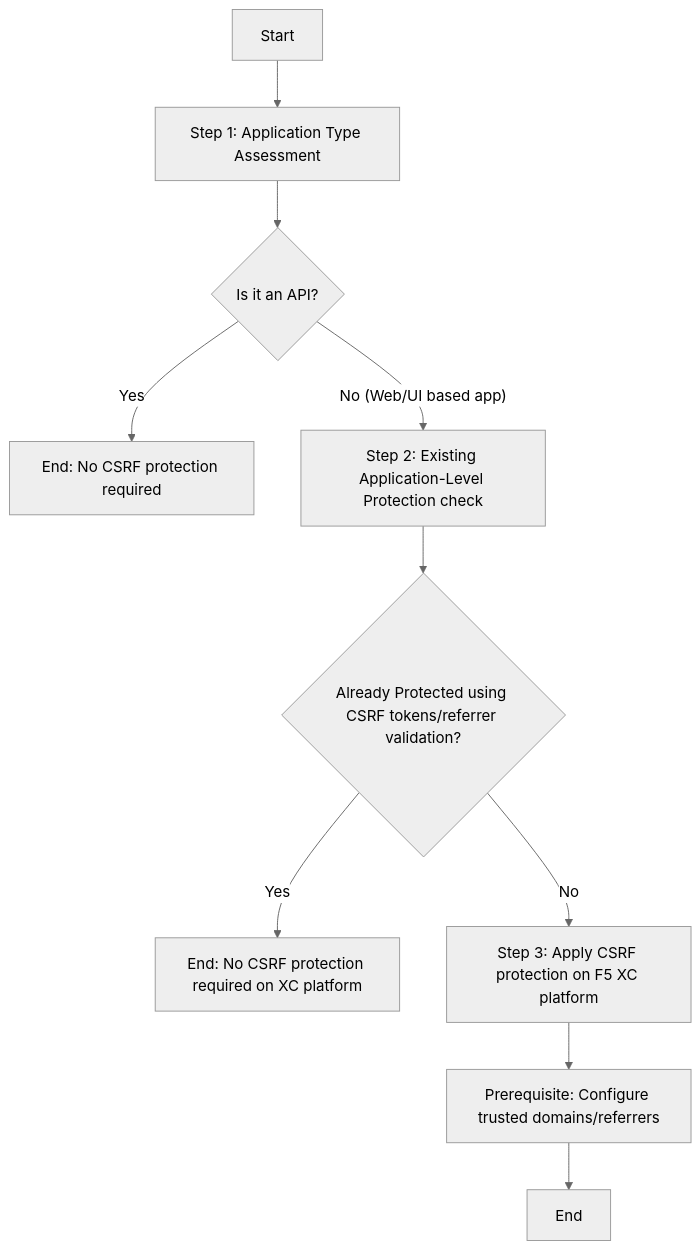
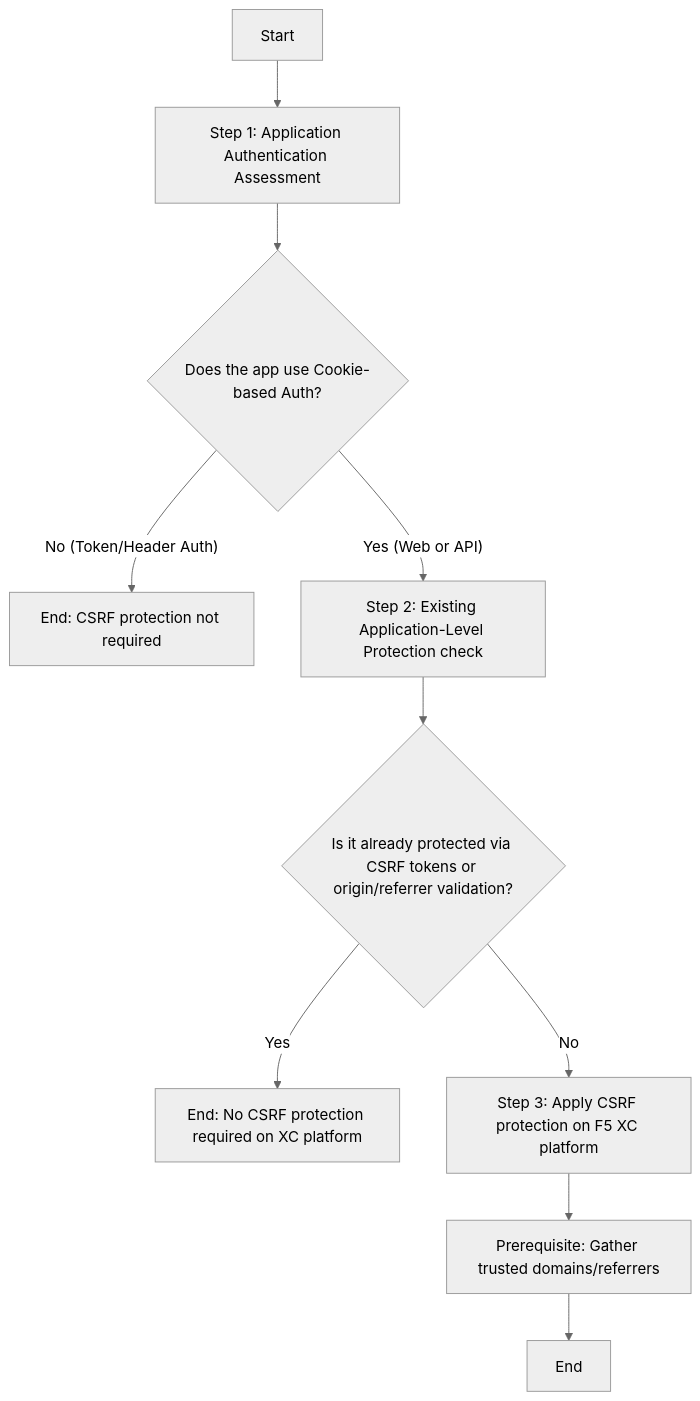
Before and after one commit to SarveshWagh/f5xc-flowcharts: the diagram in csrf-protection.md, drawn with Mermaid (neutral theme).

````diff
--- a/csrf-protection.md
+++ b/csrf-protection.md
@@ -1,13 +1,17 @@
 ``` mermaid
 flowchart TD
-    A[Start] --> B[Step 1: Application Type Assessment]
+    A[Start] --> B[Step 1: Application Authentication Assessment]
 
-    B --> C{Is it an API?}
-    C -- Yes --> D[End: No CSRF protection required]
-    C -- No (Web/UI based app) --> E[Step 2: Existing Application-Level Protection check]
-    E --> F{Already Protected using CSRF tokens/referrer validation?}
+    B --> C{Does the app use Cookie-based Auth?}
+    
+    C -- No (Token/Header Auth) --> D[End: CSRF protection not required]
+    C -- Yes (Web or API) --> E[Step 2: Existing Application-Level Protection check]
+    
+    E --> F{Is it already protected via CSRF tokens or origin/referrer validation?}
+    
     F -- Yes --> G[End: No CSRF protection required on XC platform]
     F -- No --> H[Step 3: Apply CSRF protection on F5 XC platform]
-    H --> I[Prerequisite: Configure trusted domains/referrers]
+    
+    H --> I[Prerequisite: Gather trusted domains/referrers]
     I --> J[End]
 ```
````
